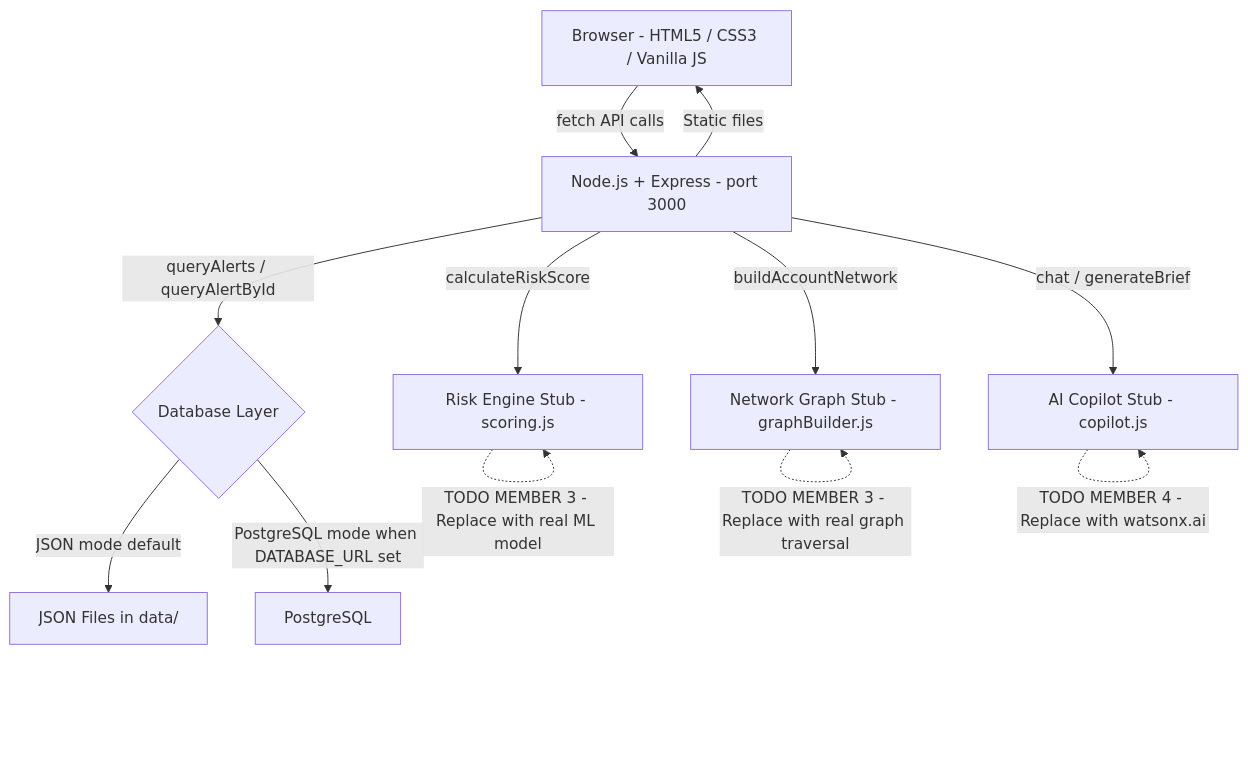
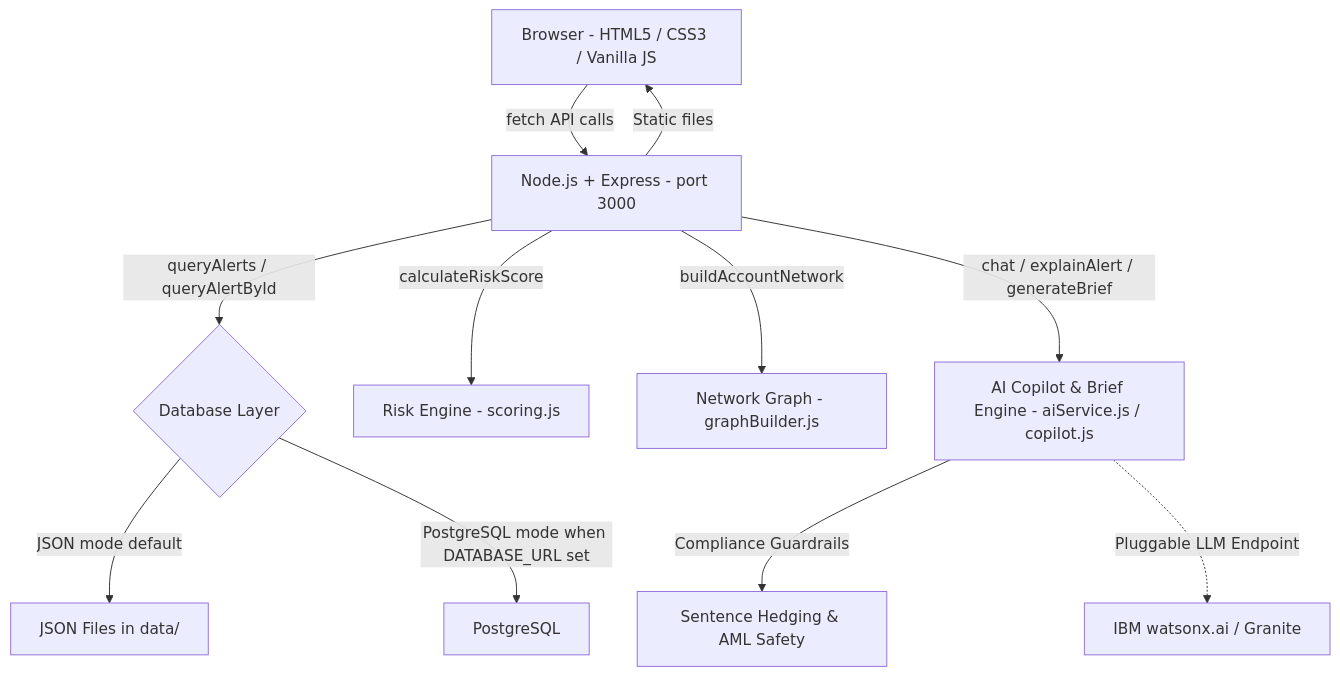
The diagram in docs/architecture.md (Dev-Jay99/bob-ai-hackathon-team-The-Infinite-Loops), drawn with Mermaid before and after one commit. The commit also changed other lines of this file and 21 other files, not shown here.

````diff
--- a/docs/architecture.md
+++ b/docs/architecture.md
@@ -5,14 +5,13 @@
 ```mermaid
 graph TD
     A[Browser - HTML5 / CSS3 / Vanilla JS] -->|fetch API calls| B[Node.js + Express - port 3000]
     B -->|Static files| A
     B -->|queryAlerts / queryAlertById| C{Database Layer}
     C -->|JSON mode default| D[JSON Files in data/]
     C -->|PostgreSQL mode when DATABASE_URL set| E[PostgreSQL]
-    B -->|calculateRiskScore| F[Risk Engine Stub - scoring.js]
-    B -->|buildAccountNetwork| G[Network Graph Stub - graphBuilder.js]
-    B -->|chat / generateBrief| H[AI Copilot Stub - copilot.js]
-    F -.->|TODO MEMBER 3 - Replace with real ML model| F
-    G -.->|TODO MEMBER 3 - Replace with real graph traversal| G
-    H -.->|TODO MEMBER 4 - Replace with watsonx.ai| H
+    B -->|calculateRiskScore| F[Risk Engine - scoring.js]
+    B -->|buildAccountNetwork| G[Network Graph - graphBuilder.js]
+    B -->|chat / explainAlert / generateBrief| H[AI Copilot & Brief Engine - aiService.js / copilot.js]
+    H -->|Compliance Guardrails| I[Sentence Hedging & AML Safety]
+    H -.->|Pluggable LLM Endpoint| J[IBM watsonx.ai / Granite]
 ```
````
